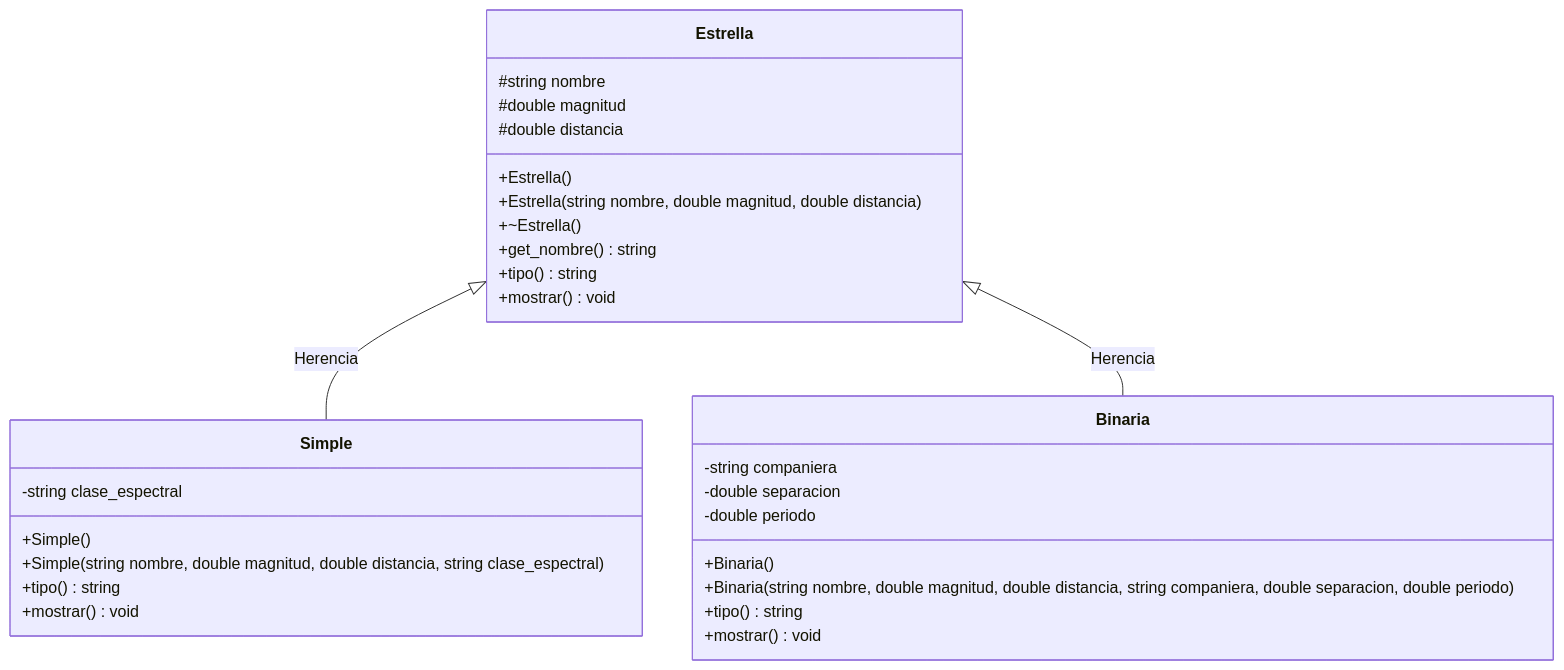
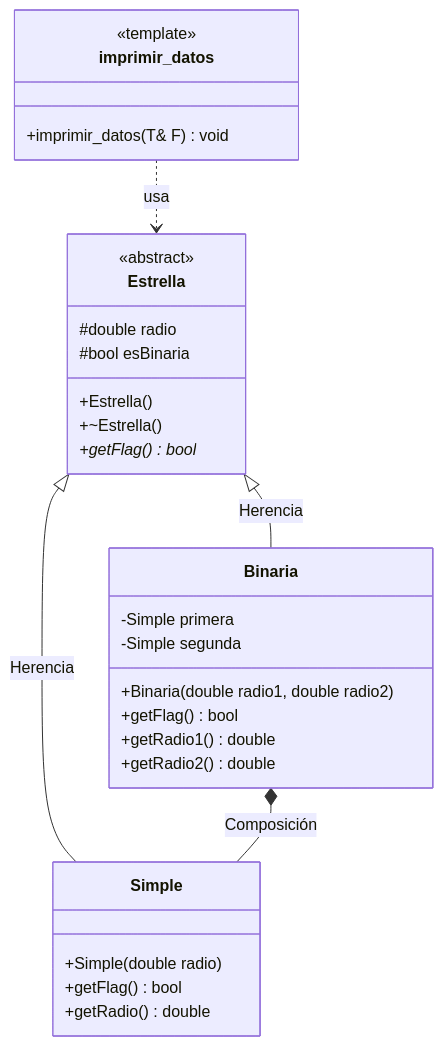
The first of 2 diagrams in A1_Estrellas/README.md (CursosProgramacionEP/PO_UTEC_Semana13), drawn with Mermaid before and after one commit. The commit also changed other lines of this file and 30 other files, not shown here.

Commit message:
Semana 13 - A1, A2 y A3 ajustados a los diagramas de las diapositivas

````diff
--- a/A1_Estrellas/README.md
+++ b/A1_Estrellas/README.md
@@ -9,32 +7,32 @@
 ```mermaid
 classDiagram
     class Estrella {
-        #string nombre
-        #double magnitud
-        #double distancia
+        <<abstract>>
+        #double radio
+        #bool esBinaria
         +Estrella()
-        +Estrella(string nombre, double magnitud, double distancia)
         +~Estrella()
-        +get_nombre() string
-        +tipo() string
-        +mostrar() void
+        +getFlag()* bool
     }
     class Simple {
-        -string clase_espectral
-        +Simple()
-        +Simple(string nombre, double magnitud, double distancia, string clase_espectral)
-        +tipo() string
-        +mostrar() void
+        +Simple(double radio)
+        +getFlag() bool
+        +getRadio() double
     }
     class Binaria {
-        -string companiera
-        -double separacion
-        -double periodo
-        +Binaria()
-        +Binaria(string nombre, double magnitud, double distancia, string companiera, double separacion, double periodo)
-        +tipo() string
-        +mostrar() void
+        -Simple primera
+        -Simple segunda
+        +Binaria(double radio1, double radio2)
+        +getFlag() bool
+        +getRadio1() double
+        +getRadio2() double
+    }
+    class imprimir_datos {
+        <<template>>
+        +imprimir_datos(T& F) void
     }
     Estrella <|-- Simple : Herencia
     Estrella <|-- Binaria : Herencia
+    Binaria *-- Simple : Composición
+    imprimir_datos ..> Estrella : usa
 ```
````
